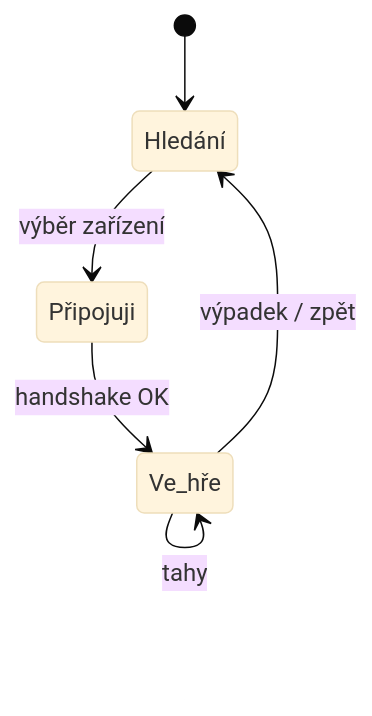
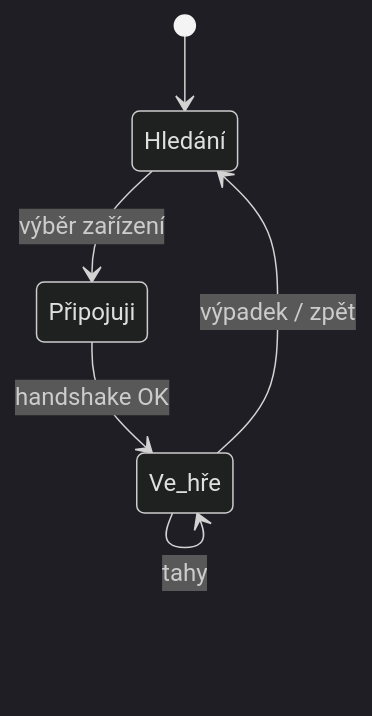
Before and after one commit to AlfredKrutina/chess_esp32_c6_devkit: the fourth of 5 diagrams in docs/flutter/README.md, drawn with Mermaid. The commit also changed other lines of this file and 97 other files, not shown here.

Commit message:
more diagrams

````diff
--- a/docs/flutter/README.md
+++ b/docs/flutter/README.md
@@ -114,9 +118,9 @@
 ```mermaid
-%%{init: {'theme':'base'}}%%
+%%{init: {'theme':'dark'}}%%
 stateDiagram-v2
   [*] --> Hledání
   Hledání --> Připojuji: výběr zařízení
   Připojuji --> Ve_hře: handshake OK
   Ve_hře --> Ve_hře: tahy
   Ve_hře --> Hledání: výpadek / zpět
 ```
````
